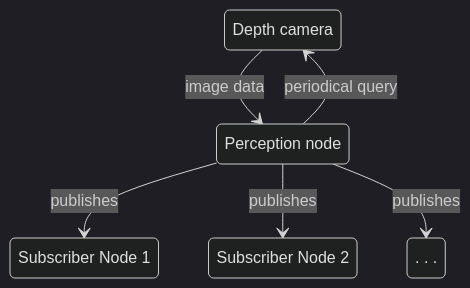
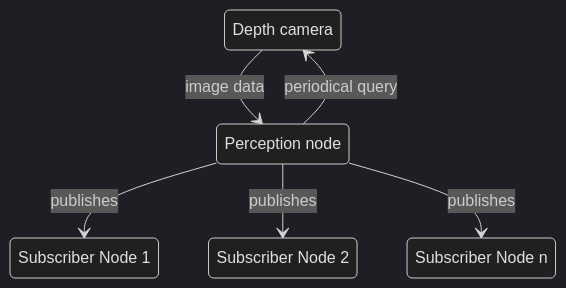
The diagram in assessments/sadrr.md (kanbanyte/sepa), drawn with Mermaid (dark theme) before and after one commit. The commit also changed other lines of this file, not shown here.

````diff
--- a/assessments/sadrr.md
+++ b/assessments/sadrr.md
@@ -100,17 +100,17 @@
 ```mermaid
 stateDiagram-v2
 	direction TB
 	state "Depth camera" as Camera
 	state "Perception node" as PerceptionNode
 	state "Subscriber Node 1" as Subscriber1
 	state "Subscriber Node 2" as Subscriber2
-	state " . .  ." as OtherSubscribers
+	state "Subscriber Node n" as OtherSubscribers
 
 
 	PerceptionNode --> Camera: periodical query
 	Camera --> PerceptionNode: image data
 
 	PerceptionNode --> Subscriber1: publishes
 	PerceptionNode --> Subscriber2: publishes
 	PerceptionNode --> OtherSubscribers: publishes
 ```
````
